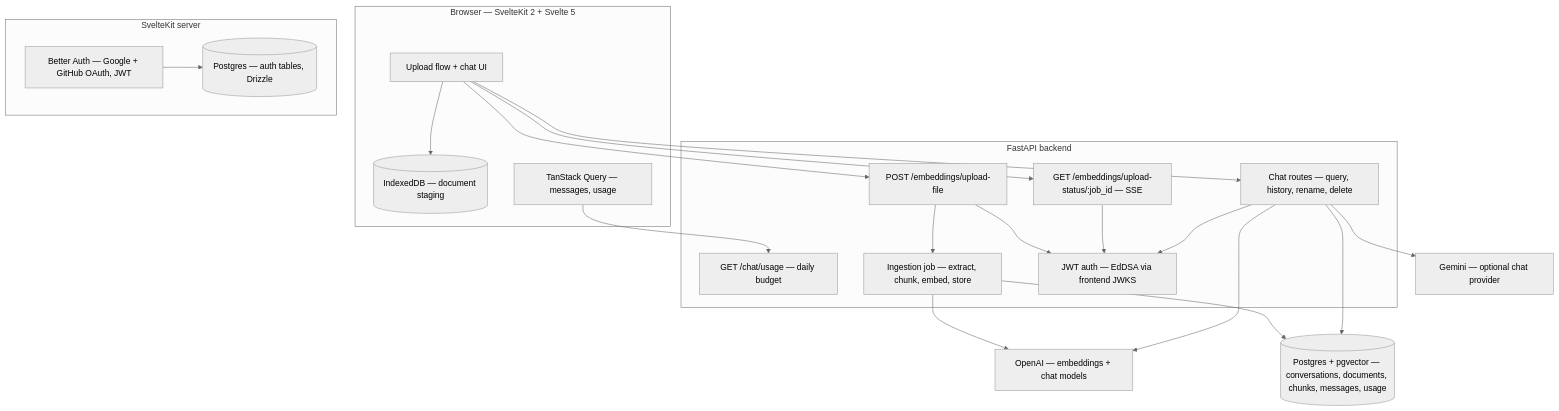
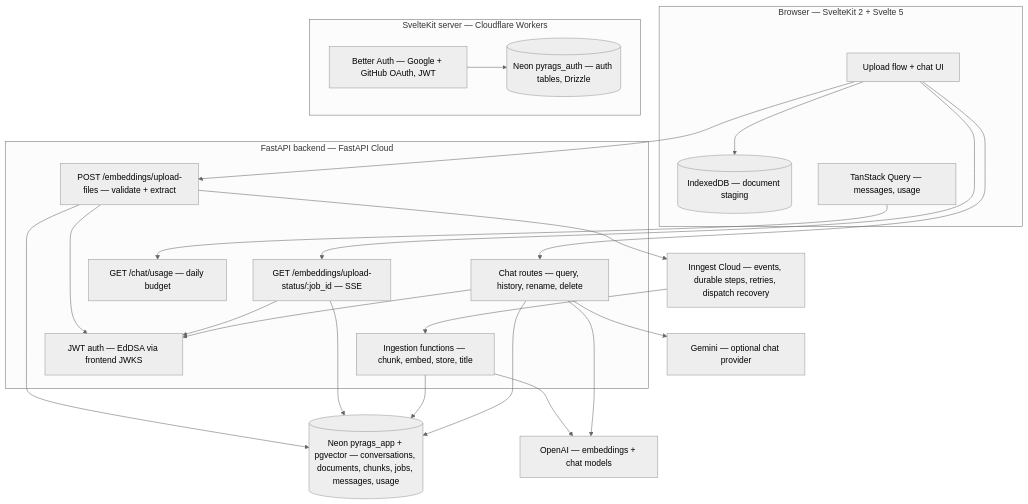
One commit to Cypher012/Pyrags changed the second of 2 diagrams in README.md. Above: the diagram before and after it, drawn with Mermaid (neutral theme). The commit also changed other lines of this file, not shown here.

````diff
--- a/README.md
+++ b/README.md
@@ -85,42 +99,46 @@
 ```mermaid
 flowchart TD
     subgraph browser["Browser — SvelteKit 2 + Svelte 5"]
         page["Upload flow + chat UI"]
         idb[("IndexedDB — document staging")]
         query["TanStack Query — messages, usage"]
     end
 
-    subgraph web["SvelteKit server"]
+    subgraph web["SvelteKit server — Cloudflare Workers"]
         auth["Better Auth — Google + GitHub OAuth, JWT"]
-        authdb[("Postgres — auth tables, Drizzle")]
+        authdb[("Neon pyrags_auth — auth tables, Drizzle")]
     end
 
-    subgraph api["FastAPI backend"]
-        upload["POST /embeddings/upload-file"]
+    subgraph api["FastAPI backend — FastAPI Cloud"]
+        upload["POST /embeddings/upload-files — validate + extract"]
         sse["GET /embeddings/upload-status/:job_id — SSE"]
         chat["Chat routes — query, history, rename, delete"]
         usage["GET /chat/usage — daily budget"]
-        pipeline["Ingestion job — extract, chunk, embed, store"]
+        pipeline["Ingestion functions — chunk, embed, store, title"]
         guard["JWT auth — EdDSA via frontend JWKS"]
     end
 
-    db[("Postgres + pgvector — conversations, documents, chunks, messages, usage")]
+    jobs["Inngest Cloud — events, durable steps, retries, dispatch recovery"]
+    db[("Neon pyrags_app + pgvector — conversations, documents, chunks, jobs, messages, usage")]
     openai["OpenAI — embeddings + chat models"]
     gemini["Gemini — optional chat provider"]
 
     page --> idb
     page --> upload
     page --> sse
     page --> chat
     query --> usage
-    upload --> pipeline
+    upload --> db
+    upload --> jobs
+    jobs --> pipeline
+    sse --> db
     pipeline --> openai
     pipeline --> db
     chat --> db
     chat --> openai
     chat --> gemini
     upload --> guard
     sse --> guard
     chat --> guard
     auth --> authdb
 ```
````
